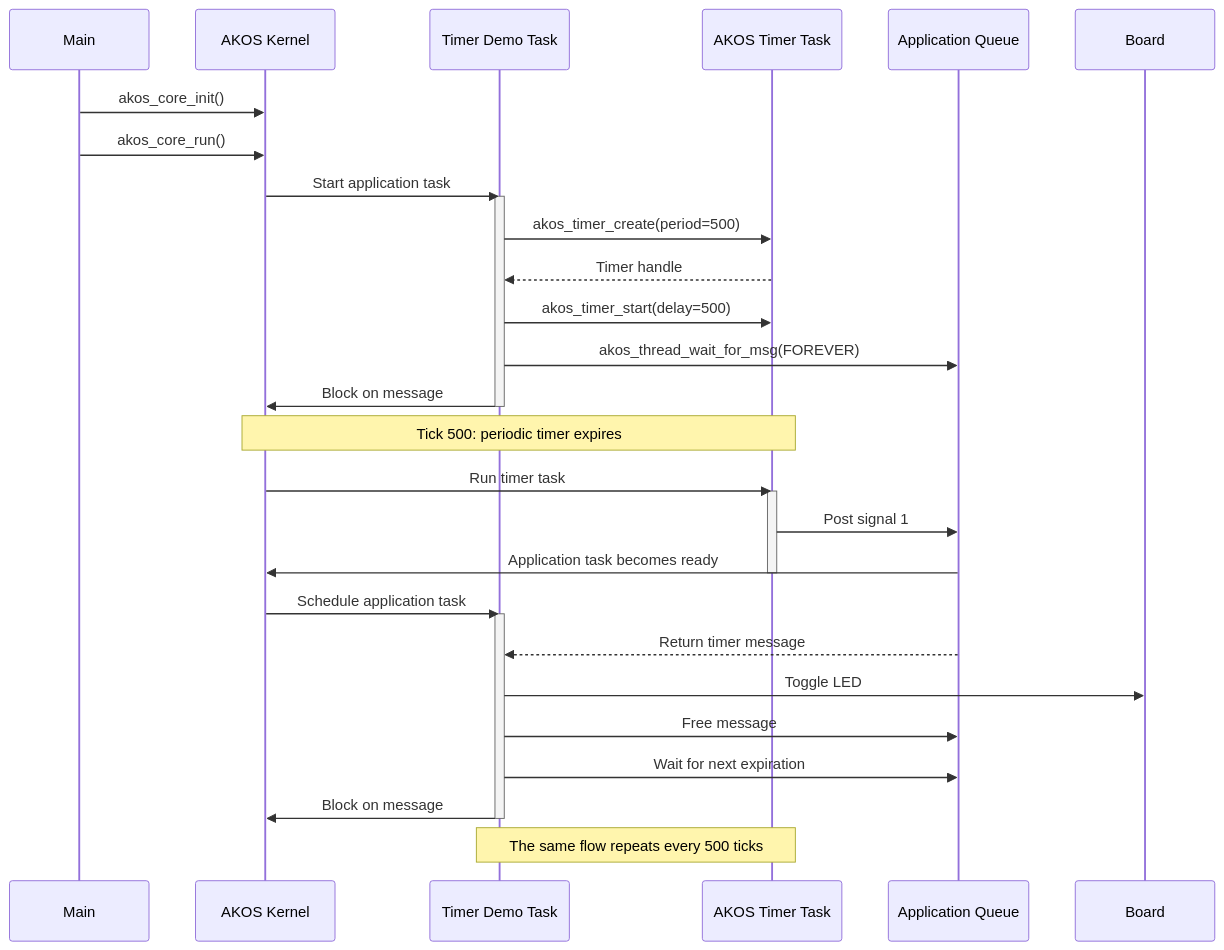
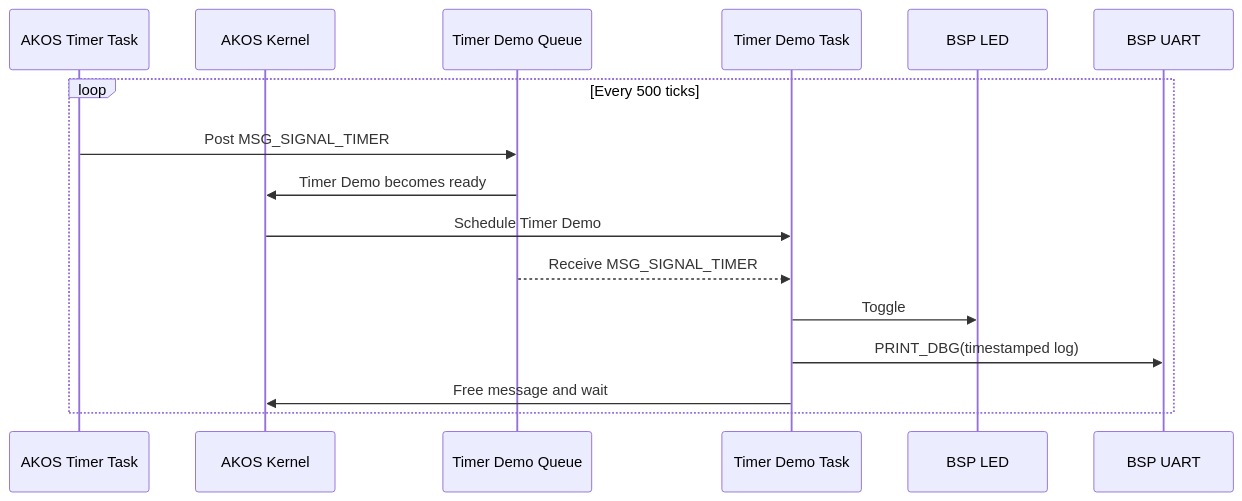
One commit to the-ak-foundation/akos changed the diagram in examples/timer/README.md. Above: the diagram before and after it, drawn with Mermaid. The commit also changed other lines of this file and 173 other files, not shown here.

````diff
--- a/examples/timer/README.md
+++ b/examples/timer/README.md
@@ -7,38 +9,19 @@
 ```mermaid
 sequenceDiagram
-    participant Main
+    participant Timer as AKOS Timer Task
     participant Kernel as AKOS Kernel
+    participant Queue as Timer Demo Queue
     participant App as Timer Demo Task
-    participant Timer as AKOS Timer Task
-    participant Queue as Application Queue
-    participant Board
+    participant LED as BSP LED
+    participant UART as BSP UART
 
-    Main->>Kernel: akos_core_init()
-    Main->>Kernel: akos_core_run()
-
-    Kernel->>App: Start application task
-    activate App
-    App->>Timer: akos_timer_create(period=500)
-    Timer-->>App: Timer handle
-    App->>Timer: akos_timer_start(delay=500)
-    App->>Queue: akos_thread_wait_for_msg(FOREVER)
-    App->>Kernel: Block on message
-    deactivate App
-
-    Note over Kernel,Timer: Tick 500: periodic timer expires
-    Kernel->>Timer: Run timer task
-    activate Timer
-    Timer->>Queue: Post signal 1
-    Queue->>Kernel: Application task becomes ready
-    deactivate Timer
-    Kernel->>App: Schedule application task
-    activate App
-    Queue-->>App: Return timer message
-    App->>Board: Toggle LED
-    App->>Queue: Free message
-    App->>Queue: Wait for next expiration
-    App->>Kernel: Block on message
-    deactivate App
-
-    Note over Timer,App: The same flow repeats every 500 ticks
+    loop Every 500 ticks
+        Timer->>Queue: Post MSG_SIGNAL_TIMER
+        Queue->>Kernel: Timer Demo becomes ready
+        Kernel->>App: Schedule Timer Demo
+        Queue-->>App: Receive MSG_SIGNAL_TIMER
+        App->>LED: Toggle
+        App->>UART: PRINT_DBG(timestamped log)
+        App->>Kernel: Free message and wait
+    end
 ```
````
